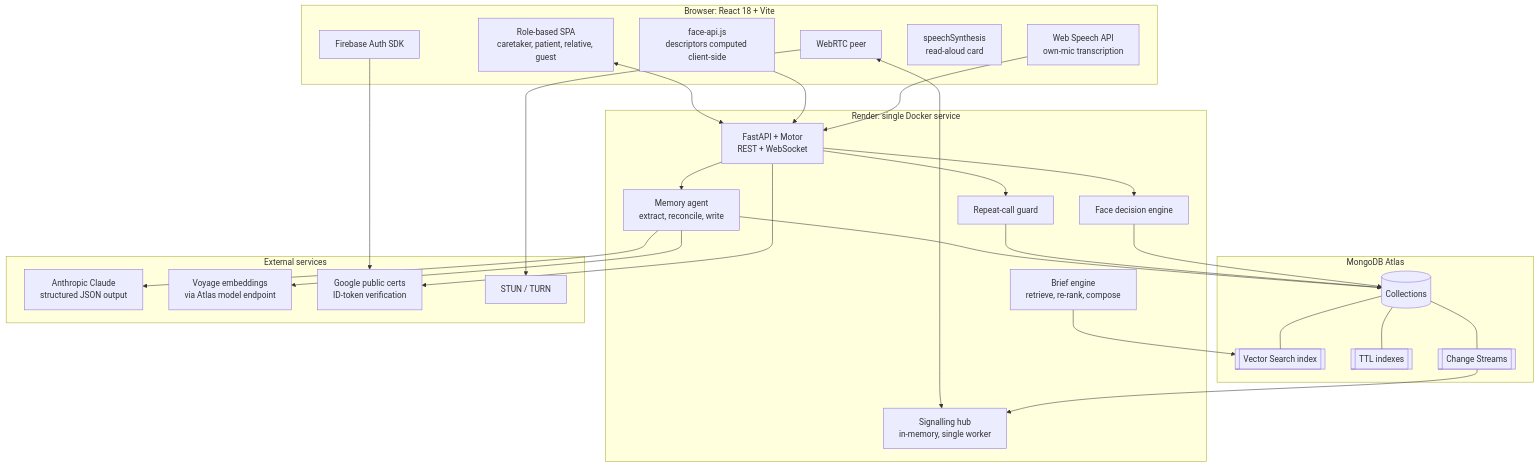
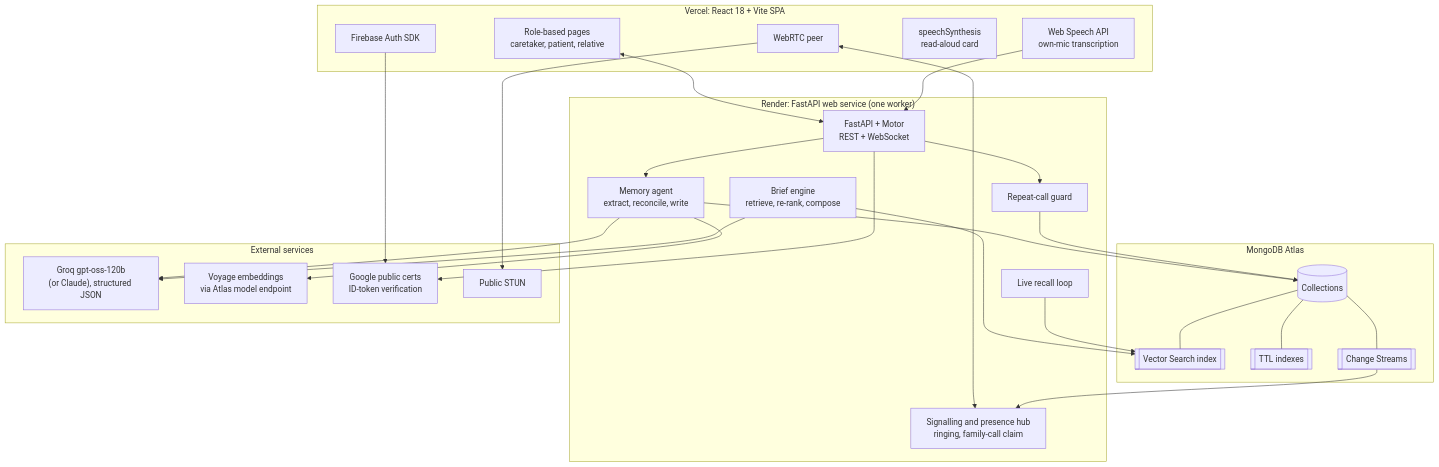
Before and after one commit to GREENRAT-K405/UNCHARTED: the third of 3 diagrams in README.md, drawn with Mermaid. The commit also changed other lines of this file, not shown here.

Commit message:
README: describe the deployed app (family call, relative links and accounts, Who is this? card, Render + Vercel)

````diff
--- a/README.md
+++ b/README.md
@@ -226,48 +218,47 @@
 ```mermaid
 flowchart TB
-    subgraph Browser["Browser: React 18 + Vite"]
-        UI["Role-based SPA<br/>caretaker, patient, relative, guest"]
-        FACE["face-api.js<br/>descriptors computed client-side"]
+    subgraph Vercel["Vercel: React 18 + Vite SPA"]
+        UI["Role-based pages<br/>caretaker, patient, relative"]
         RTC[WebRTC peer]
         STT["Web Speech API<br/>own-mic transcription"]
         TTS["speechSynthesis<br/>read-aloud card"]
         FB[Firebase Auth SDK]
     end
-    subgraph Render["Render: single Docker service"]
+    subgraph Render["Render: FastAPI web service (one worker)"]
         API["FastAPI + Motor<br/>REST + WebSocket"]
-        HUB["Signalling hub<br/>in-memory, single worker"]
+        HUB["Signalling and presence hub<br/>ringing, family-call claim"]
         AGENT["Memory agent<br/>extract, reconcile, write"]
         BRIEF["Brief engine<br/>retrieve, re-rank, compose"]
+        RECALL["Live recall loop"]
         GUARD[Repeat-call guard]
-        FACES[Face decision engine]
     end
     subgraph Mongo["MongoDB Atlas"]
         COLL[(Collections)]
         VEC[[Vector Search index]]
         TTLI[[TTL indexes]]
         CS[[Change Streams]]
     end
     subgraph External["External services"]
-        CLAUDE["Anthropic Claude<br/>structured JSON output"]
+        LLM["Groq gpt-oss-120b<br/>(or Claude), structured JSON"]
         VOY["Voyage embeddings<br/>via Atlas model endpoint"]
         GAUTH["Google public certs<br/>ID-token verification"]
-        TURN[STUN / TURN]
+        STUN[Public STUN]
     end
     UI <--> API
     FB --> GAUTH
     API --> GAUTH
     RTC <--> HUB
-    RTC --> TURN
-    FACE --> API
+    RTC --> STUN
     STT --> API
-    API --> AGENT --> CLAUDE
+    API --> AGENT --> LLM
     AGENT --> VOY
     AGENT --> COLL
     BRIEF --> VEC
+    BRIEF --> LLM
+    RECALL --> VEC
     API --> GUARD --> COLL
-    API --> FACES --> COLL
     CS --> HUB
     COLL --- VEC
     COLL --- TTLI
     COLL --- CS
 ```
````
